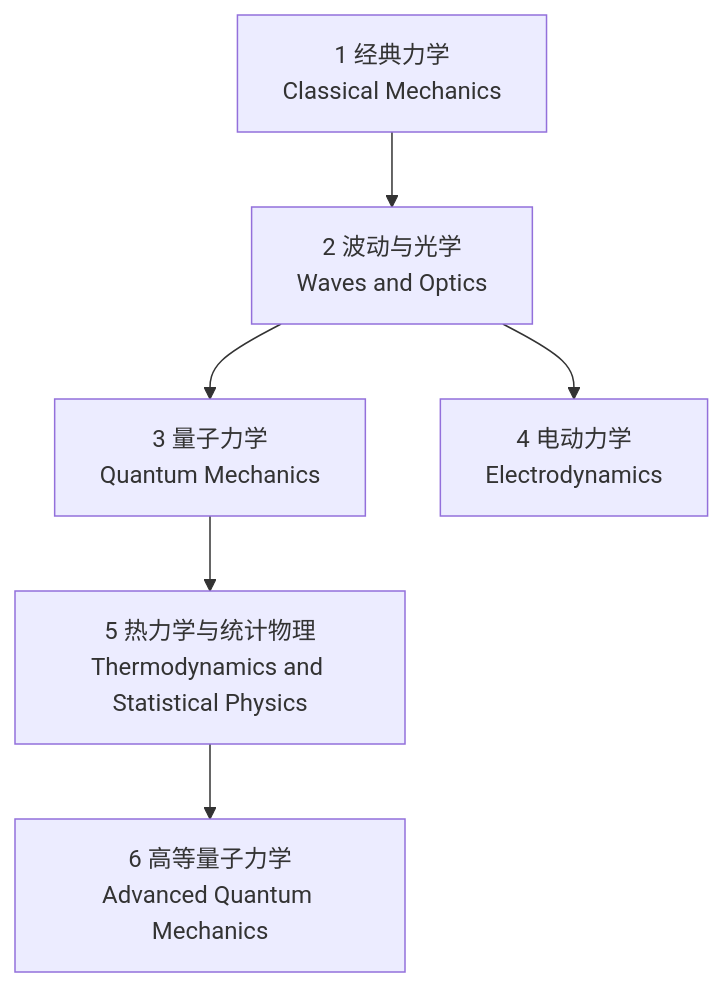
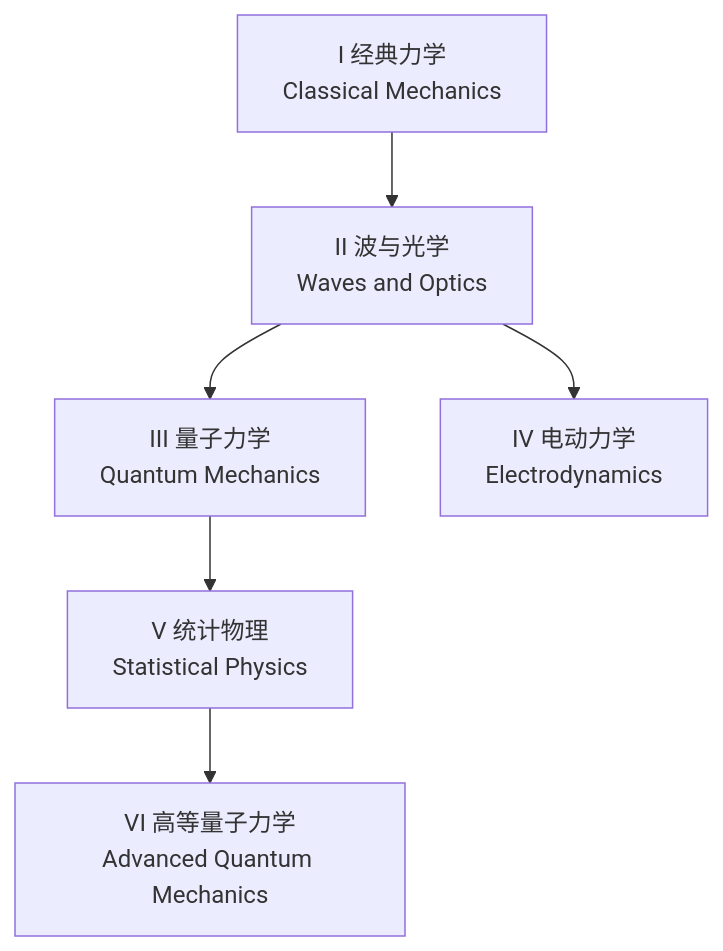
One commit to ChenAo-Phys/booklets changed the diagram in README.md. Above: the diagram before and after it, drawn with Mermaid. The commit also changed other lines of this file and 3 other files, not shown here.

````diff
--- a/README.md
+++ b/README.md
@@ -32,14 +32,14 @@
 ```mermaid
 graph TD
-  CM["1 经典力学<br/>Classical Mechanics"]
-  WO["2 波动与光学<br/>Waves and Optics"]
-  QM["3 量子力学<br/>Quantum Mechanics"]
-  ED["4 电动力学<br/>Electrodynamics"]
-  SP["5 热力学与统计物理<br/>Thermodynamics and Statistical Physics"]
-  AQM["6 高等量子力学<br/>Advanced Quantum Mechanics"]
+  CM["I 经典力学<br/>Classical Mechanics"]
+  WO["II 波与光学<br/>Waves and Optics"]
+  QM["III 量子力学<br/>Quantum Mechanics"]
+  ED["IV 电动力学<br/>Electrodynamics"]
+  SP["V 统计物理<br/>Statistical Physics"]
+  AQM["VI 高等量子力学<br/>Advanced Quantum Mechanics"]
   CM --> WO
   WO --> QM
   WO --> ED
   QM --> SP
   SP --> AQM
 ```
````
